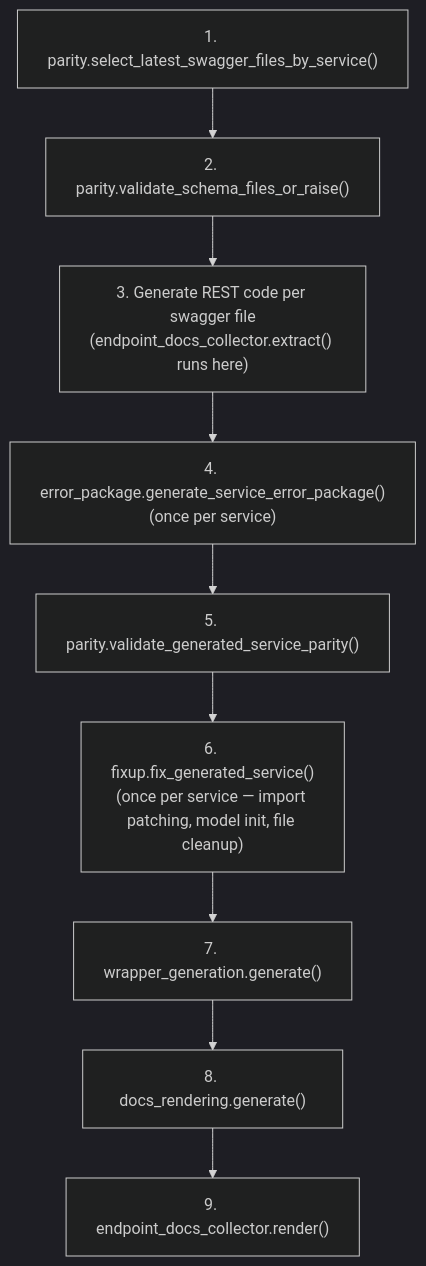
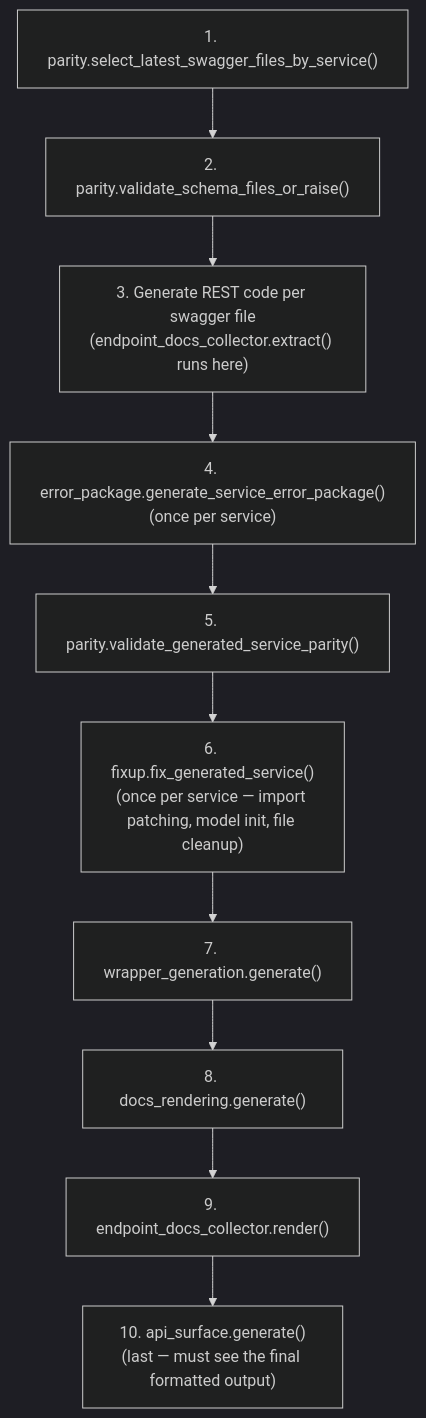
Before and after one commit to alexdearaujo/community_sdk_python: the diagram in scripts/generation/README.md, drawn with Mermaid (dark theme). The commit also changed other lines of this file and 6 other files, not shown here.

First line of the commit message:
feat: derive release notes from a committed API surface record

````diff
--- a/scripts/generation/README.md
+++ b/scripts/generation/README.md
@@ -30,12 +31,13 @@
 ```mermaid
 flowchart TD
     A["1. parity.select_latest_swagger_files_by_service()"] --> A2["2. parity.validate_schema_files_or_raise()"]
     A2 --> B["3. Generate REST code per swagger file<br/>(endpoint_docs_collector.extract() runs here)"]
     B --> C["4. error_package.generate_service_error_package()<br/>(once per service)"]
     C --> D["5. parity.validate_generated_service_parity()"]
     D --> E["6. fixup.fix_generated_service()<br/>(once per service — import patching, model init, file cleanup)"]
     E --> F["7. wrapper_generation.generate()"]
     F --> G["8. docs_rendering.generate()"]
     G --> H["9. endpoint_docs_collector.render()"]
+    H --> I["10. api_surface.generate()<br/>(last — must see the final formatted output)"]
 
 ```
````
